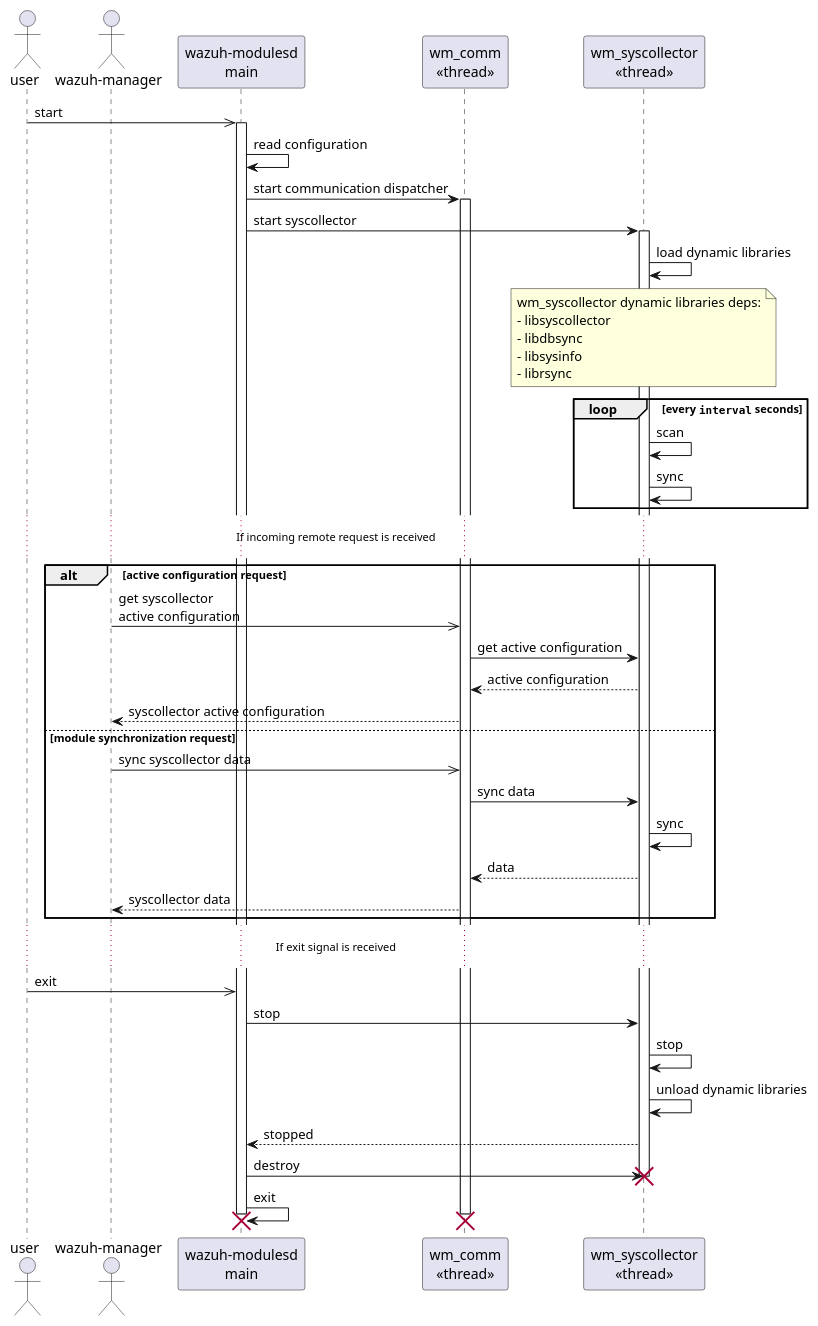
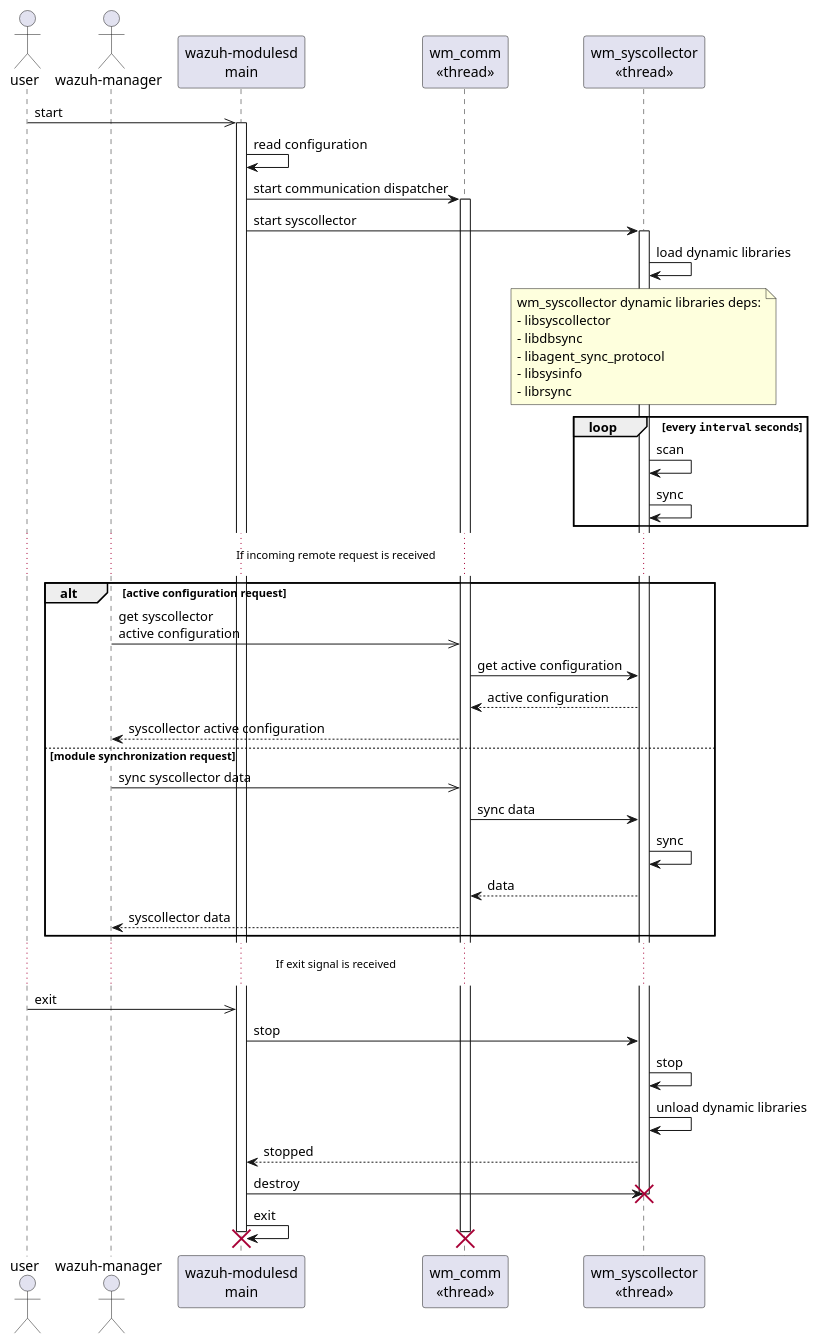
One commit to wazuh/wazuh changed the diagram in architecture/syscollector/001-sequence-wm-syscollector.puml. Above: the diagram before and after it, drawn with PlantUML. The commit also changed 14 other files, not shown here.

Commit message:
feat: make libagent_sync_protocol a shared library instead of static

```diff
--- a/architecture/syscollector/001-sequence-wm-syscollector.puml
+++ b/architecture/syscollector/001-sequence-wm-syscollector.puml
@@ -5,50 +5,51 @@
 @startuml wm-syscollector
 
 actor user
 actor "wazuh-manager" as manager
 participant "wazuh-modulesd\nmain" as main
 participant "wm_comm\n<<thread>>" as comm
 participant "wm_syscollector\n<<thread>>" as wm_syscollector
 
 
 user ->> main++: start
 main -> main: read configuration
 main -> comm++: start communication dispatcher
 main -> wm_syscollector++: start syscollector
 wm_syscollector -> wm_syscollector: load dynamic libraries
 note over wm_syscollector
     wm_syscollector dynamic libraries deps:
     - libsyscollector
     - libdbsync
+    - libagent_sync_protocol
     - libsysinfo
     - librsync
 end note
 loop every ""interval"" seconds
     wm_syscollector -> wm_syscollector: scan
     wm_syscollector -> wm_syscollector: sync
 end
 ... If incoming remote request is received ...
 alt active configuration request
     manager ->> comm: get syscollector\nactive configuration
     comm -> wm_syscollector: get active configuration
     comm <-- wm_syscollector: active configuration
     manager <-- comm: syscollector active configuration
 else module synchronization request
     manager ->> comm: sync syscollector data
     comm -> wm_syscollector: sync data
     wm_syscollector -> wm_syscollector: sync
     comm <-- wm_syscollector: data
     manager <-- comm: syscollector data
 end
 ... If exit signal is received ...
 
 user ->> main: exit
 main -> wm_syscollector: stop
 wm_syscollector -> wm_syscollector: stop
 wm_syscollector -> wm_syscollector: unload dynamic libraries
 main <-- wm_syscollector: stopped
 main -> wm_syscollector!!: destroy
 main -> main!!:exit
 destroy comm
 
 @enduml
```
